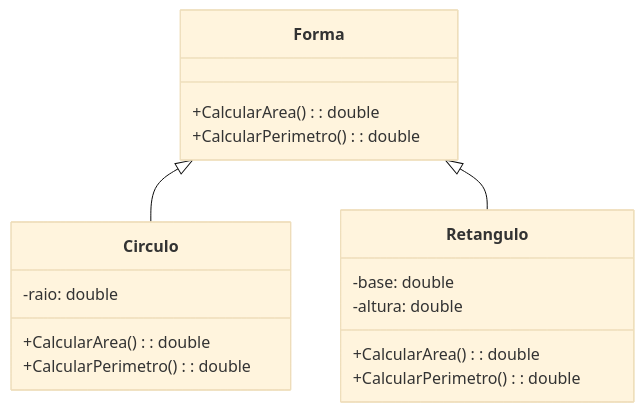
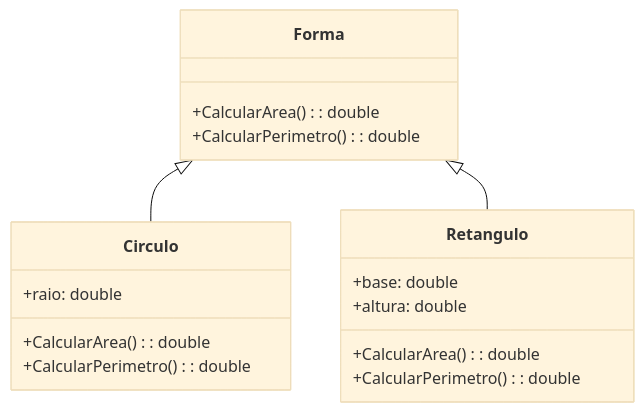
One commit to liviaaVS/PEOO-TADS-II-PERIODO changed the first of 3 diagrams in ExercícioSala/README.md. Above: the diagram before and after it, drawn with Mermaid (base theme). The commit also changed other lines of this file and 2 other files, not shown here.

Commit message:
Ajustes nos atributos das classes

````diff
--- a/ExercícioSala/README.md
+++ b/ExercícioSala/README.md
@@ -7,23 +7,23 @@
 ```mermaid
 classDiagram
   class Forma {
     +CalcularArea(): double
     +CalcularPerimetro(): double
   }
 
   class Circulo {
-    -raio: double
+    +raio: double
     +CalcularArea(): double
     +CalcularPerimetro(): double
   }
 
   class Retangulo {
-    -base: double
-    -altura: double
+    +base: double
+    +altura: double
     +CalcularArea(): double
     +CalcularPerimetro(): double
   }
 
   Forma <|-- Circulo
   Forma <|-- Retangulo
 ```
````
